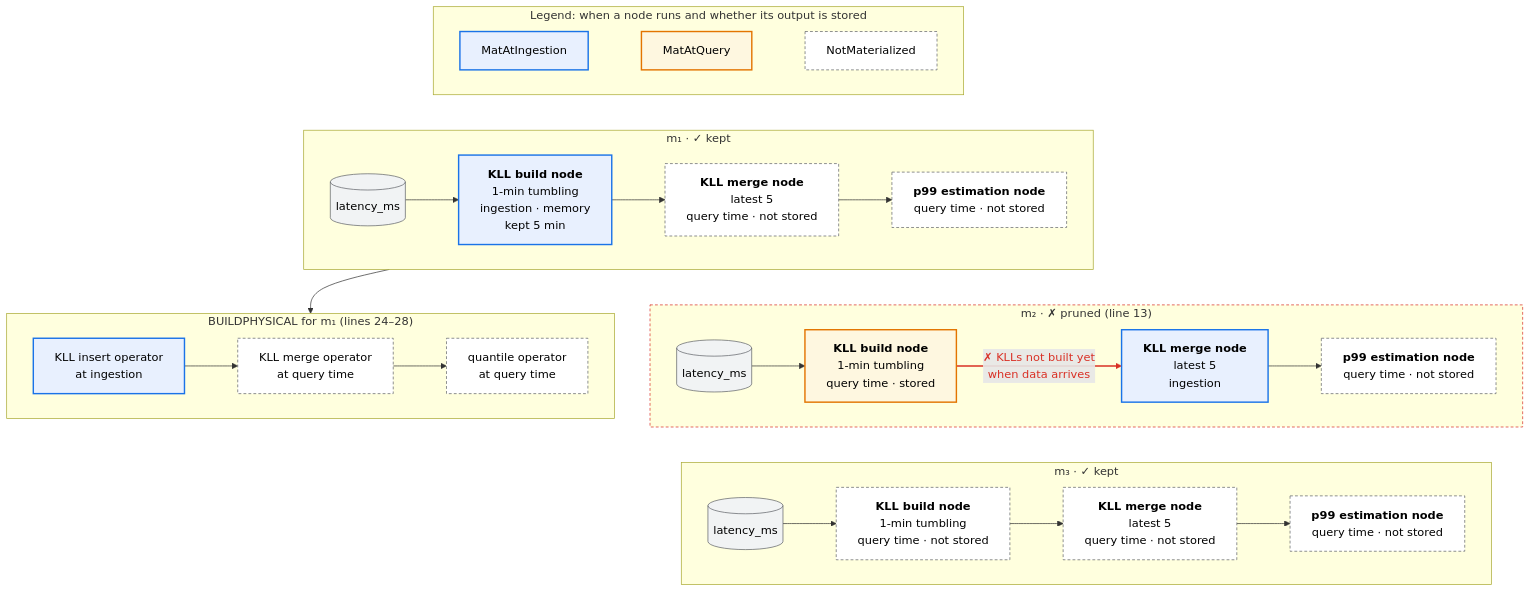
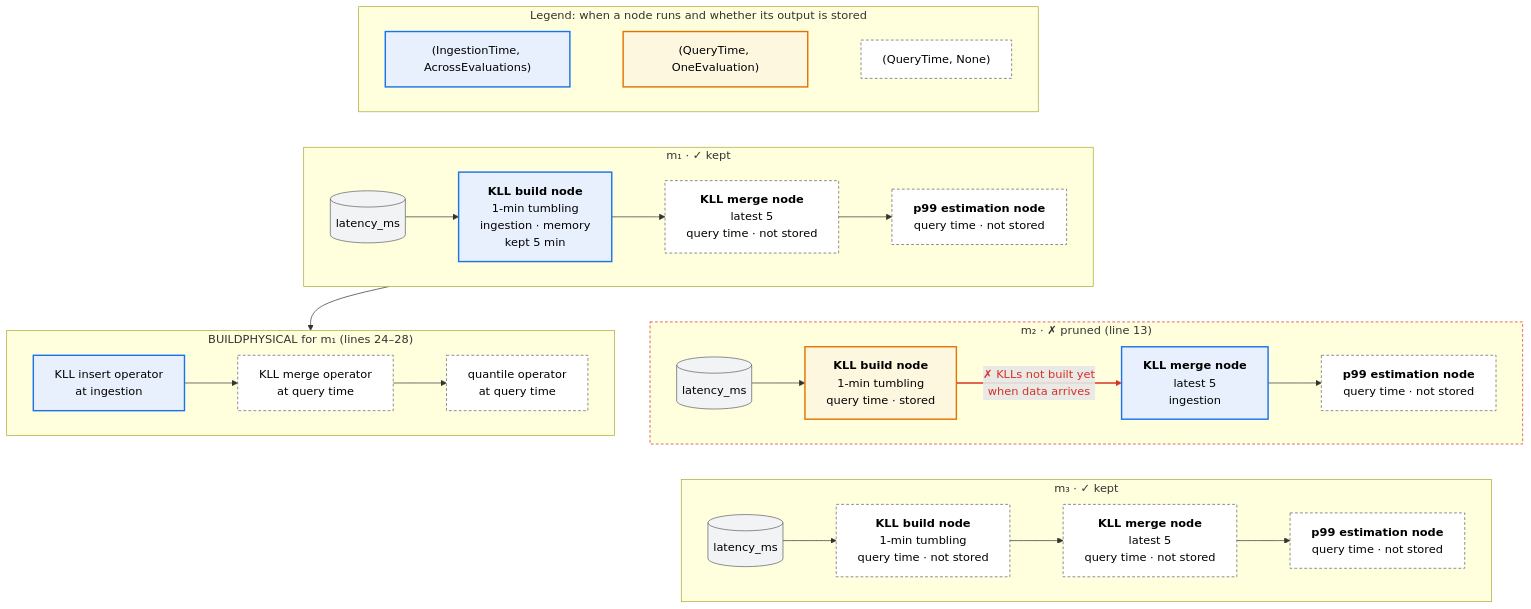
The sixth of 16 diagrams in docs/design_docs/proposals/planner-layering.md (ProjectASAP/ASAPPlanner), drawn with Mermaid before and after one commit. The commit also changed other lines of this file and 78 other files, not shown here.

````diff
--- a/docs/design_docs/proposals/planner-layering.md
+++ b/docs/design_docs/proposals/planner-layering.md
@@ -1316,33 +1316,33 @@
 ```mermaid
 flowchart TB
   subgraph M1["m₁ · ✓ kept"]
     direction LR
     a0[("latency_ms")]:::data --> a1["<b>KLL build node</b><br/>1-min tumbling<br/>ingestion · memory<br/>kept 5 min"]:::ingest --> a2["<b>KLL merge node</b><br/>latest 5<br/>query time · not stored"]:::notmat --> a3["<b>p99 estimation node</b><br/>query time · not stored"]:::notmat
   end
   subgraph M2["m₂ · ✗ pruned (line 13)"]
     direction LR
     b0[("latency_ms")]:::data --> b1["<b>KLL build node</b><br/>1-min tumbling<br/>query time · stored"]:::qtime -->|"✗ KLLs not built yet<br/>when data arrives"| b2["<b>KLL merge node</b><br/>latest 5<br/>ingestion"]:::ingest --> b3["<b>p99 estimation node</b><br/>query time · not stored"]:::notmat
   end
   subgraph M3["m₃ · ✓ kept"]
     direction LR
     c0[("latency_ms")]:::data --> c1["<b>KLL build node</b><br/>1-min tumbling<br/>query time · not stored"]:::notmat --> c2["<b>KLL merge node</b><br/>latest 5<br/>query time · not stored"]:::notmat --> c3["<b>p99 estimation node</b><br/>query time · not stored"]:::notmat
   end
   subgraph P1["BUILDPHYSICAL for m₁ (lines 24–28)"]
     direction LR
     p1["KLL insert operator<br/>at ingestion"]:::ingest --> p2["KLL merge operator<br/>at query time"]:::notmat --> p3["quantile operator<br/>at query time"]:::notmat
   end
   subgraph LEG["Legend: when a node runs and whether its output is stored"]
     direction LR
-    l1["MatAtIngestion"]:::ingest ~~~ l2["MatAtQuery"]:::qtime ~~~ l3["NotMaterialized"]:::notmat
+    l1["(IngestionTime, AcrossEvaluations)"]:::ingest ~~~ l2["(QueryTime, OneEvaluation)"]:::qtime ~~~ l3["(QueryTime, None)"]:::notmat
   end
   M1 --> P1
   LEG ~~~ M1
   M1 ~~~ M2
   M2 ~~~ M3
   linkStyle 4 stroke:#d93025,stroke-width:2px,color:#d93025
   classDef data fill:#f1f3f4,stroke:#5f6368,color:#000;
   classDef ingest fill:#e8f0fe,stroke:#1a73e8,stroke-width:2px,color:#000;
   classDef qtime fill:#fef7e0,stroke:#e37400,stroke-width:2px,color:#000;
   classDef notmat fill:#fff,stroke:#5f6368,stroke-dasharray:4 3,color:#000;
   style M2 stroke:#d93025,stroke-dasharray:4 3
 ```
````
